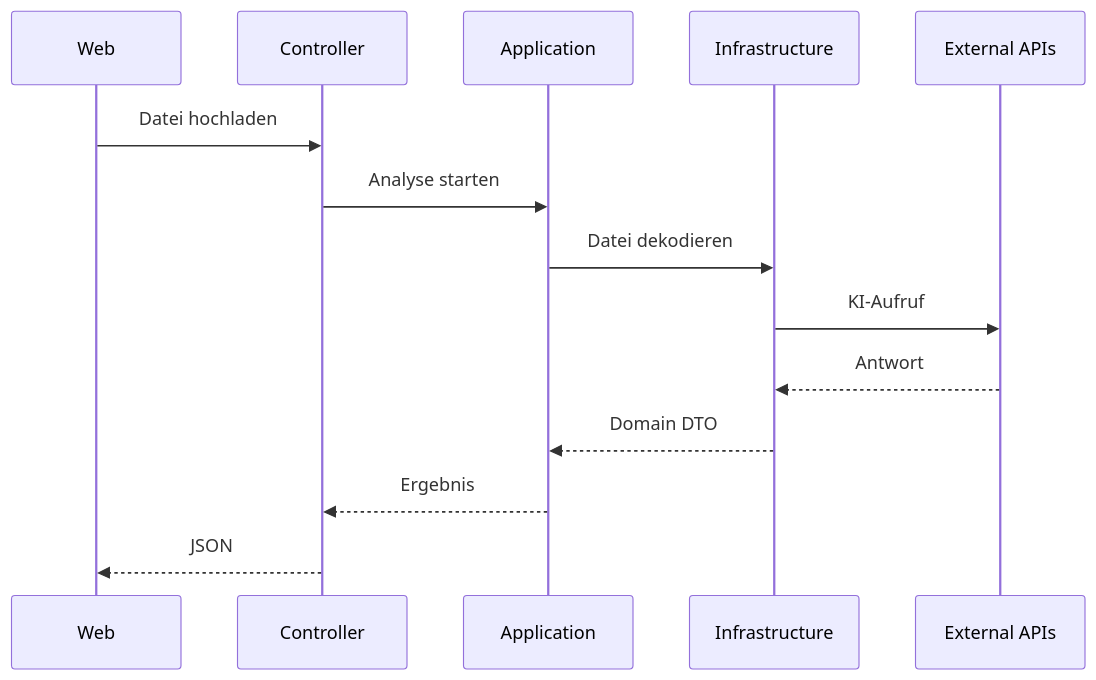
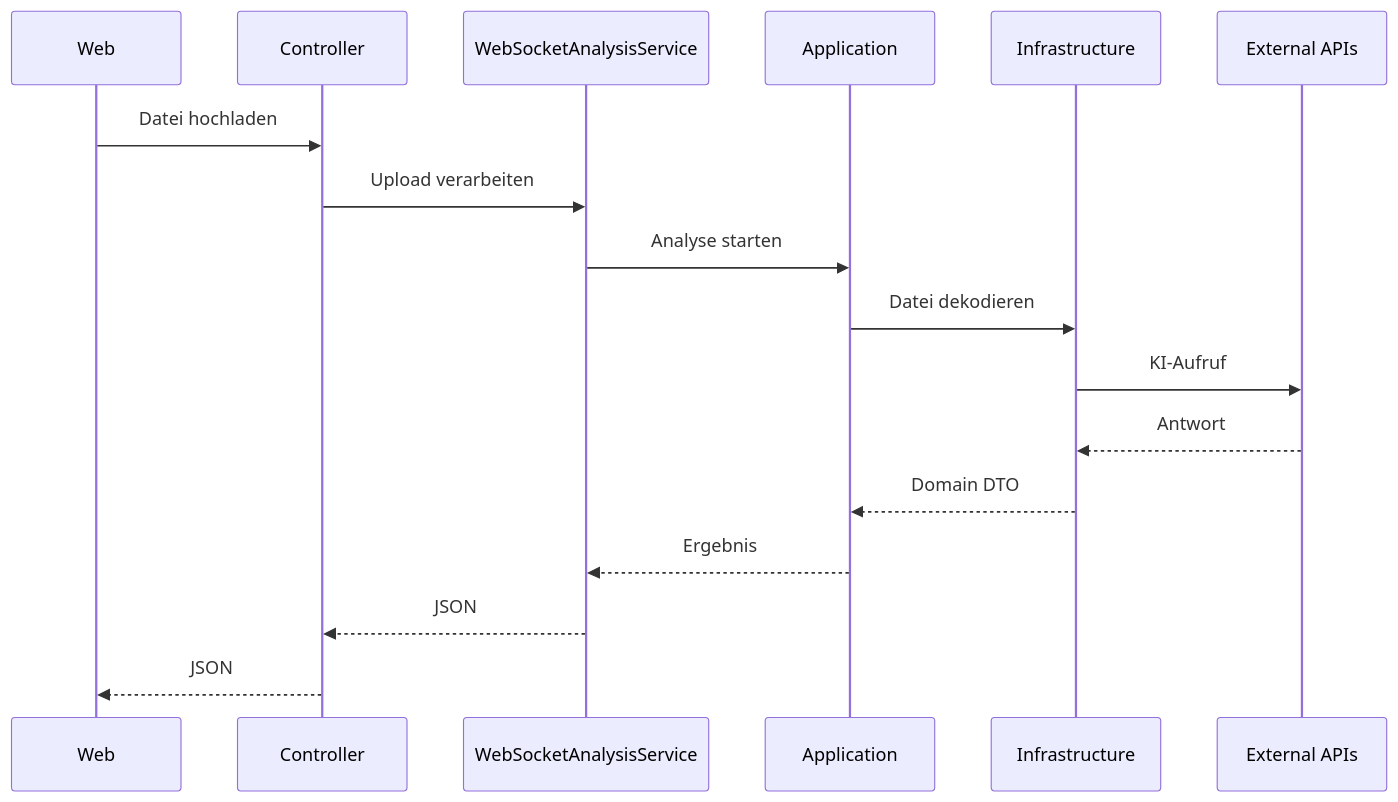
Before and after one commit to sebastian-305/PocketLawyer: the third of 6 diagrams in docs/Diagrams/diagrams.md, drawn with Mermaid. The commit also changed other lines of this file, not shown here.

Commit message:
Update diagrams with WebSocketAnalysisService

````diff
--- a/docs/Diagrams/diagrams.md
+++ b/docs/Diagrams/diagrams.md
@@ -121,17 +123,20 @@
 ```mermaid
 sequenceDiagram
     participant FE as Web
     participant PC as Controller
+    participant WS as WebSocketAnalysisService
     participant APP as Application
     participant INF as Infrastructure
     participant EX as External APIs
 
     FE->>PC: Datei hochladen
-    PC->>APP: Analyse starten
+    PC->>WS: Upload verarbeiten
+    WS->>APP: Analyse starten
     APP->>INF: Datei dekodieren
     INF->>EX: KI-Aufruf
     EX-->>INF: Antwort
     INF-->>APP: Domain DTO
-    APP-->>PC: Ergebnis
+    APP-->>WS: Ergebnis
+    WS-->>PC: JSON
     PC-->>FE: JSON
 ```
````
